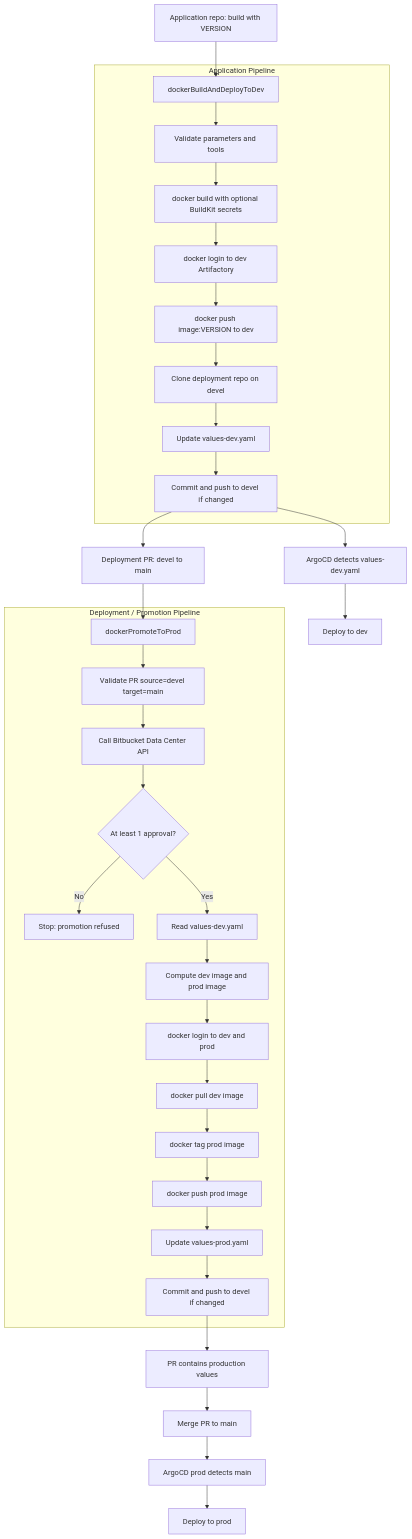
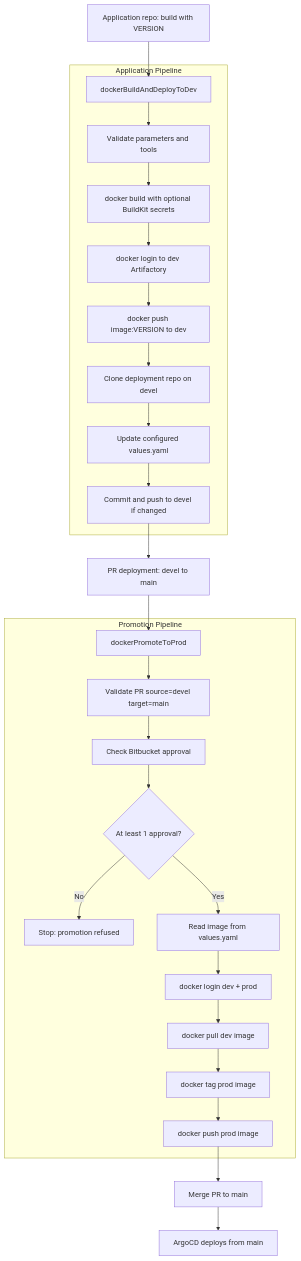
Before and after one commit to thomas-illiet/jenkins-argocd: the diagram in README.md, drawn with Mermaid. The commit also changed other lines of this file and 10 other files, not shown here.

````diff
--- a/README.md
+++ b/README.md
@@ -90,40 +92,32 @@
 ```mermaid
 flowchart TD
     A["Application repo: build with VERSION"] --> B["dockerBuildAndDeployToDev"]
 
     subgraph APP["Application Pipeline"]
         B --> C["Validate parameters and tools"]
         C --> D["docker build with optional BuildKit secrets"]
         D --> E["docker login to dev Artifactory"]
         E --> F["docker push image:VERSION to dev"]
         F --> G["Clone deployment repo on devel"]
-        G --> H["Update values-dev.yaml"]
+        G --> H["Update configured values.yaml"]
         H --> I["Commit and push to devel if changed"]
     end
 
-    I --> J["ArgoCD detects values-dev.yaml"]
-    J --> K["Deploy to dev"]
+    I --> J["PR deployment: devel to main"]
+    J --> K["dockerPromoteToProd"]
 
-    I --> L["Deployment PR: devel to main"]
-    L --> M["dockerPromoteToProd"]
-
-    subgraph DEPLOY["Deployment / Promotion Pipeline"]
-        M --> N["Validate PR source=devel target=main"]
-        N --> O["Call Bitbucket Data Center API"]
-        O --> P{"At least 1 approval?"}
-        P -->|No| Q["Stop: promotion refused"]
-        P -->|Yes| R["Read values-dev.yaml"]
-        R --> S["Compute dev image and prod image"]
-        S --> T["docker login to dev and prod"]
-        T --> U["docker pull dev image"]
-        U --> V["docker tag prod image"]
-        V --> W["docker push prod image"]
-        W --> X["Update values-prod.yaml"]
-        X --> Y["Commit and push to devel if changed"]
+    subgraph PROMOTE["Promotion Pipeline"]
+        K --> L["Validate PR source=devel target=main"]
+        L --> M["Check Bitbucket approval"]
+        M --> N{"At least 1 approval?"}
+        N -->|No| O["Stop: promotion refused"]
+        N -->|Yes| P["Read image from values.yaml"]
+        P --> Q["docker login dev + prod"]
+        Q --> R["docker pull dev image"]
+        R --> S["docker tag prod image"]
+        S --> T["docker push prod image"]
     end
 
-    Y --> Z["PR contains production values"]
-    Z --> AA["Merge PR to main"]
-    AA --> AB["ArgoCD prod detects main"]
-    AB --> AC["Deploy to prod"]
+    T --> U["Merge PR to main"]
+    U --> V["ArgoCD deploys from main"]
 ```
````
